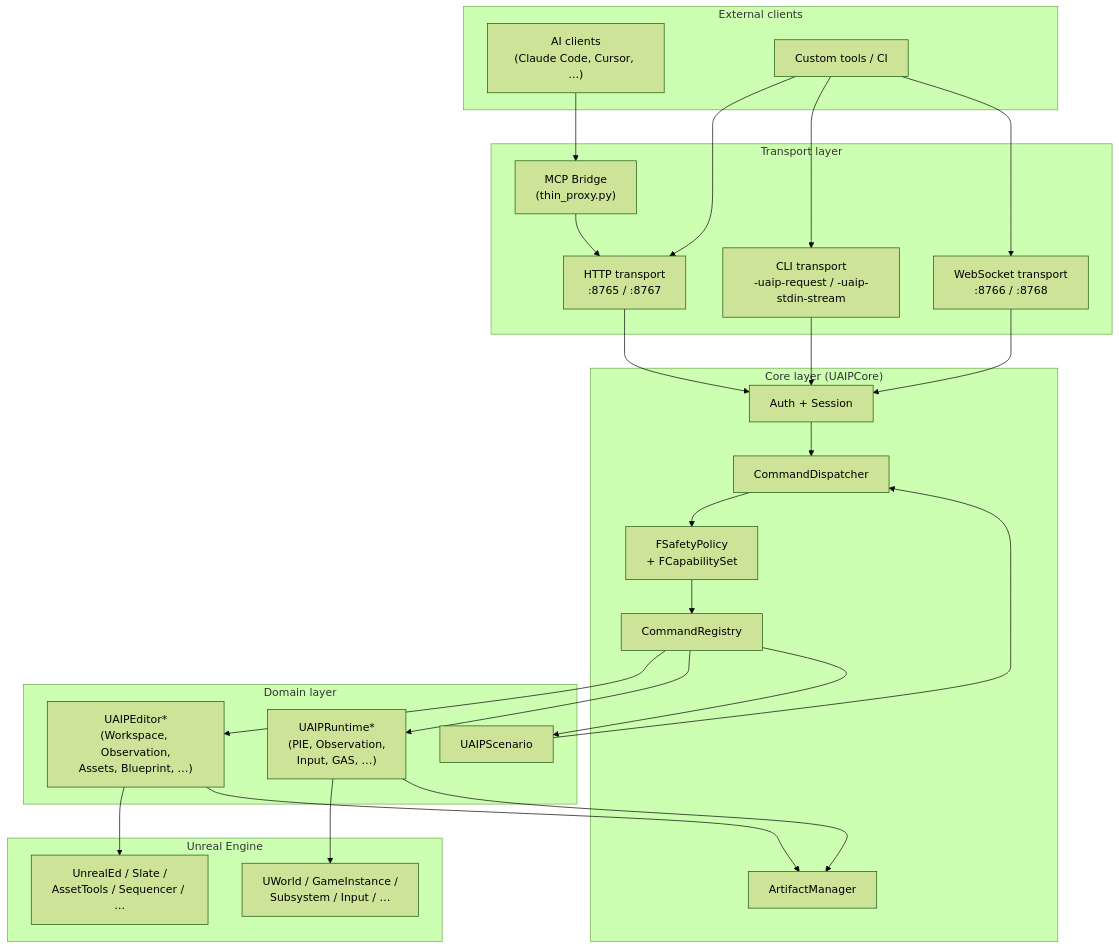
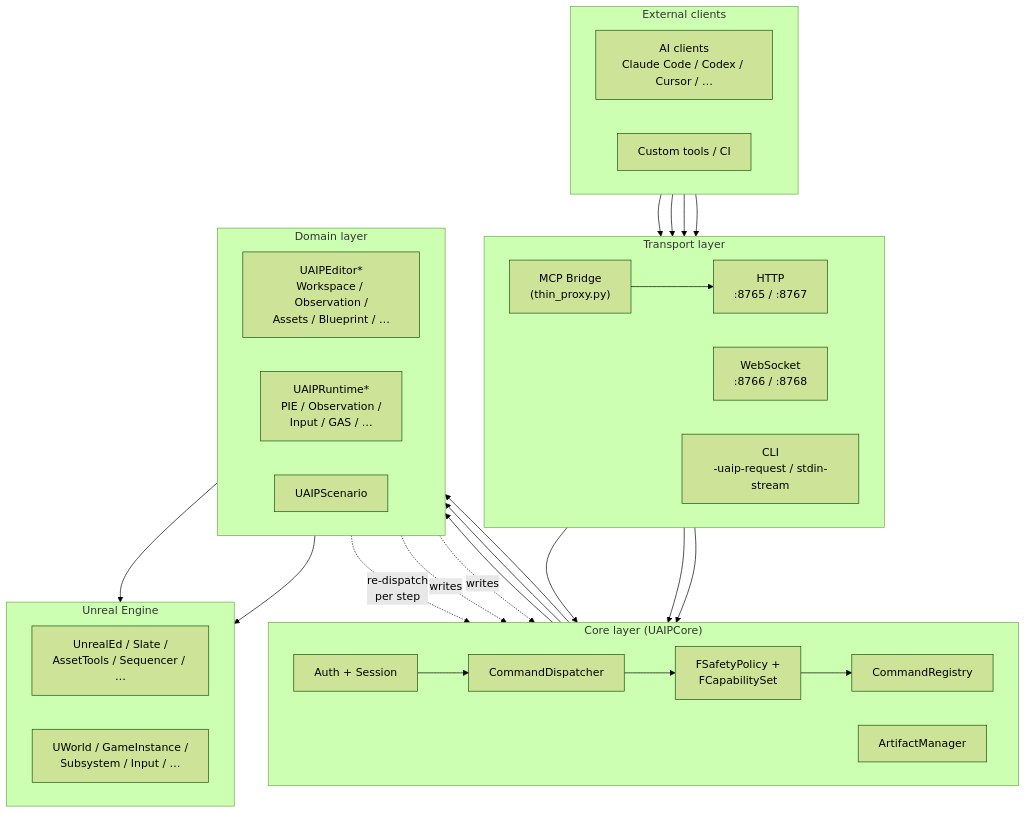
One commit to Naotsun19B/UnrealAIIntegrationPlatform-Document changed the first of 6 diagrams in docs/en/architecture.md. Above: the diagram before and after it, drawn with Mermaid (forest theme). The commit also changed 1 other file, not shown here.

Commit message:
docs(architecture): rebalance the layer-overview Mermaid diagram
The previous version stretched into a tall, narrow column because every
subgraph rendered as a vertical stack. Now each subgraph (Clients,
Transports, Core, Domains, UE) declares 'direction LR' so its members
sit side by side, giving the overall diagram a much wider, easier-to-
scan layout.

While at it:
- Mark Scenario→Dispatcher as a dotted edge labelled 're-dispatch per
  step' (it's a non-primary path; the solid arrow made it look like a
  normal forward edge)
- Mark Domain→Artifacts edges as dotted 'writes' (auxiliary side-
  effect, not part of the dispatch chain)
- Include 'Codex' in the AI clients label for parity with the rest of
  the docs

````diff
--- a/docs/en/architecture.md
+++ b/docs/en/architecture.md
@@ -11,53 +11,61 @@
 ```mermaid
 flowchart TB
     subgraph Clients["External clients"]
-        AI["AI clients<br/>(Claude Code, Cursor, …)"]
+        direction LR
+        AI["AI clients<br/>Claude Code / Codex / Cursor / …"]
         Tool["Custom tools / CI"]
     end
 
-    subgraph TransportLayer["Transport layer"]
+    subgraph Transports["Transport layer"]
+        direction LR
         MCP["MCP Bridge<br/>(thin_proxy.py)"]
-        HTTP["HTTP transport<br/>:8765 / :8767"]
-        WS["WebSocket transport<br/>:8766 / :8768"]
-        CLI["CLI transport<br/>-uaip-request / -uaip-stdin-stream"]
+        HTTP["HTTP<br/>:8765 / :8767"]
+        WS["WebSocket<br/>:8766 / :8768"]
+        CLI["CLI<br/>-uaip-request / stdin-stream"]
     end
 
-    subgraph CoreLayer["Core layer (UAIPCore)"]
+    subgraph Core["Core layer (UAIPCore)"]
+        direction LR
         Auth["Auth + Session"]
         Dispatcher["CommandDispatcher"]
-        Policy["FSafetyPolicy<br/>+ FCapabilitySet"]
+        Policy["FSafetyPolicy +<br/>FCapabilitySet"]
         Registry["CommandRegistry"]
         Artifacts["ArtifactManager"]
     end
 
     subgraph Domains["Domain layer"]
-        EditorDom["UAIPEditor*<br/>(Workspace, Observation,<br/>Assets, Blueprint, …)"]
-        RuntimeDom["UAIPRuntime*<br/>(PIE, Observation,<br/>Input, GAS, …)"]
+        direction LR
+        EditorDom["UAIPEditor*<br/>Workspace / Observation /<br/>Assets / Blueprint / …"]
+        RuntimeDom["UAIPRuntime*<br/>PIE / Observation /<br/>Input / GAS / …"]
         Scenario["UAIPScenario"]
     end
 
     subgraph UE["Unreal Engine"]
+        direction LR
         EngineEd["UnrealEd / Slate /<br/>AssetTools / Sequencer / …"]
         EngineRt["UWorld / GameInstance /<br/>Subsystem / Input / …"]
     end
 
     AI --> MCP
     Tool --> HTTP
+    Tool --> WS
     Tool --> CLI
-    Tool --> WS
     MCP --> HTTP
+
     HTTP --> Auth
     WS --> Auth
     CLI --> Auth
+
     Auth --> Dispatcher
     Dispatcher --> Policy
     Policy --> Registry
     Registry --> EditorDom
     Registry --> RuntimeDom
     Registry --> Scenario
+    Scenario -.->|"re-dispatch<br/>per step"| Dispatcher
+
     EditorDom --> EngineEd
     RuntimeDom --> EngineRt
-    EditorDom --> Artifacts
-    RuntimeDom --> Artifacts
-    Scenario --> Dispatcher
+    EditorDom -.->|writes| Artifacts
+    RuntimeDom -.->|writes| Artifacts
 ```
````
